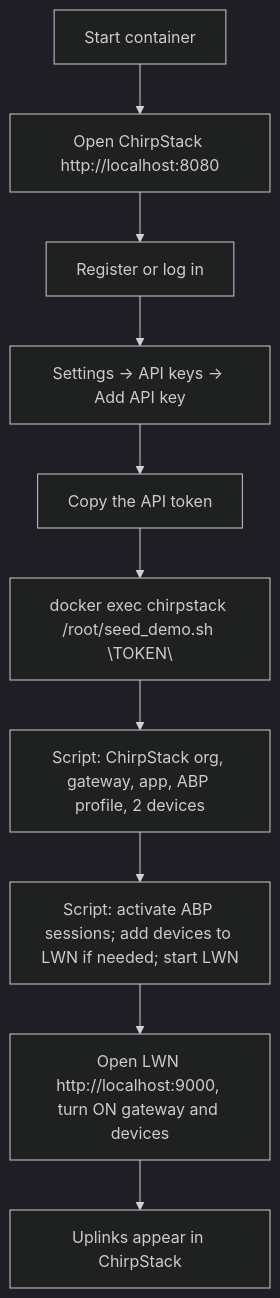
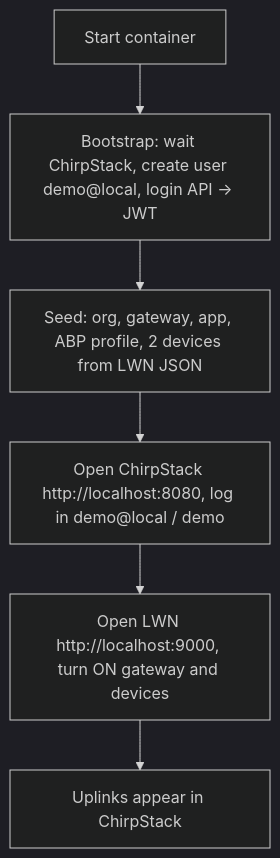
Before and after one commit to lucadagati/Chirpstack_BackEnd: the fifth of 6 diagrams in README.md, drawn with Mermaid (dark theme). The commit also changed other lines of this file and 11 other files, not shown here.

First line of the commit message:
Deploy automatico: bootstrap senza API key, seed via API (snake_case+camelCase), device skip_f_cnt_check, deploy.sh --clean, fallback seed_devices_db, README e troubleshooting

````diff
--- a/README.md
+++ b/README.md
@@ -250,12 +254,8 @@
 ```mermaid
 flowchart TD
-    A[Start container] --> B[Open ChirpStack http://localhost:8080]
-    B --> C[Register or log in]
-    C --> D[Settings → API keys → Add API key]
-    D --> E[Copy the API token]
-    E --> F["docker exec chirpstack /root/seed_demo.sh \"TOKEN\""]
-    F --> G[Script: ChirpStack org, gateway, app, ABP profile, 2 devices]
-    G --> H[Script: activate ABP sessions; add devices to LWN if needed; start LWN]
-    H --> I[Open LWN http://localhost:9000, turn ON gateway and devices]
-    I --> J[Uplinks appear in ChirpStack]
+    A[Start container] --> B[Bootstrap: wait ChirpStack, create user demo@local, login API → JWT]
+    B --> C[Seed: org, gateway, app, ABP profile, 2 devices from LWN JSON]
+    C --> D[Open ChirpStack http://localhost:8080, log in demo@local / demo]
+    D --> E[Open LWN http://localhost:9000, turn ON gateway and devices]
+    E --> F[Uplinks appear in ChirpStack]
 ```
````
